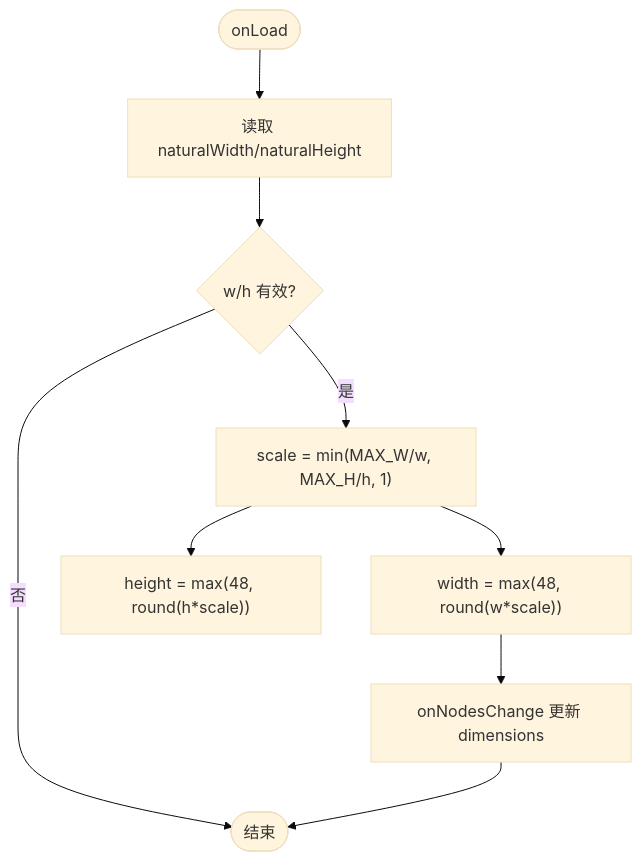
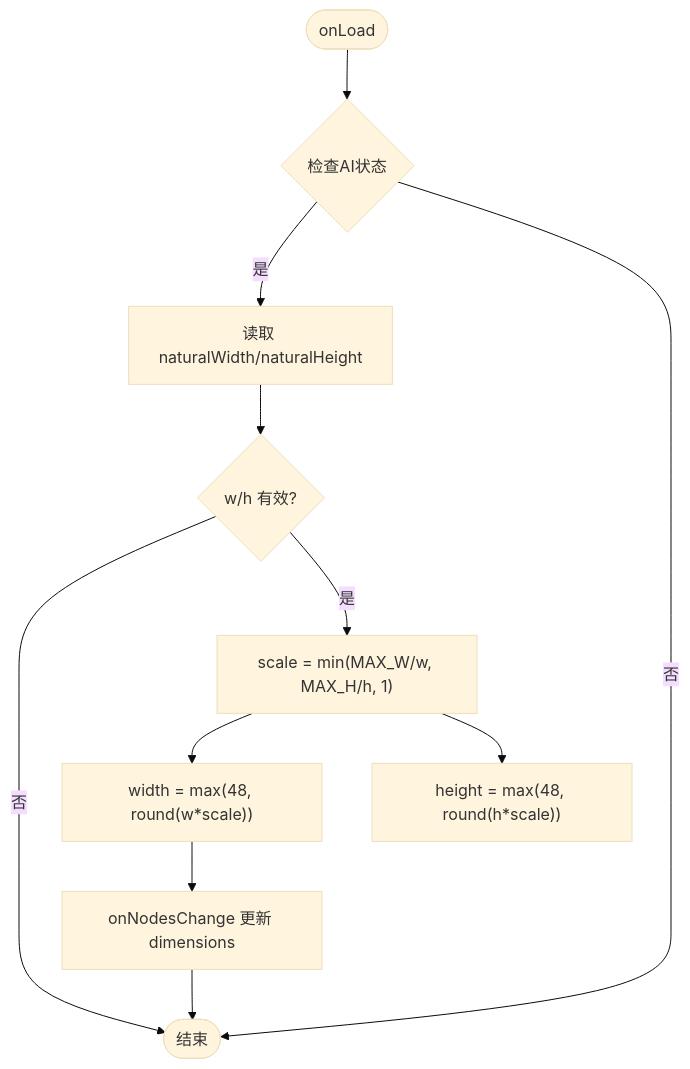
The third of 4 diagrams in .qoder/repowiki/zh/content/画布编辑器/节点系统/媒体节点/图片节点 (ImageNode).md (suqi-bot/SuQCanvas), drawn with Mermaid (base theme) before and after one commit. The commit also changed other lines of this file and 93 other files, not shown here.

````diff
--- a/.qoder/repowiki/zh/content/画布编辑器/节点系统/媒体节点/图片节点 (ImageNode).md
+++ b/.qoder/repowiki/zh/content/画布编辑器/节点系统/媒体节点/图片节点 (ImageNode).md
@@ -160,11 +185,13 @@
 ```mermaid
 flowchart TD
-Start(["onLoad"]) --> GetNatural["读取 naturalWidth/naturalHeight"]
+Start(["onLoad"]) --> CheckAI{"检查AI状态"}
+CheckAI -- 是 --> GetNatural["读取 naturalWidth/naturalHeight"]
+CheckAI -- 否 --> End(["结束"])
 GetNatural --> CalcScale{"w/h 有效?"}
-CalcScale -- 否 --> End(["结束"])
+CalcScale -- 否 --> End
 CalcScale -- 是 --> Scale["scale = min(MAX_W/w, MAX_H/h, 1)"]
 Scale --> SizeW["width = max(48, round(w*scale))"]
 Scale --> SizeH["height = max(48, round(h*scale))"]
 SizeW --> Update["onNodesChange 更新 dimensions"]
 Update --> End
 ```
````
